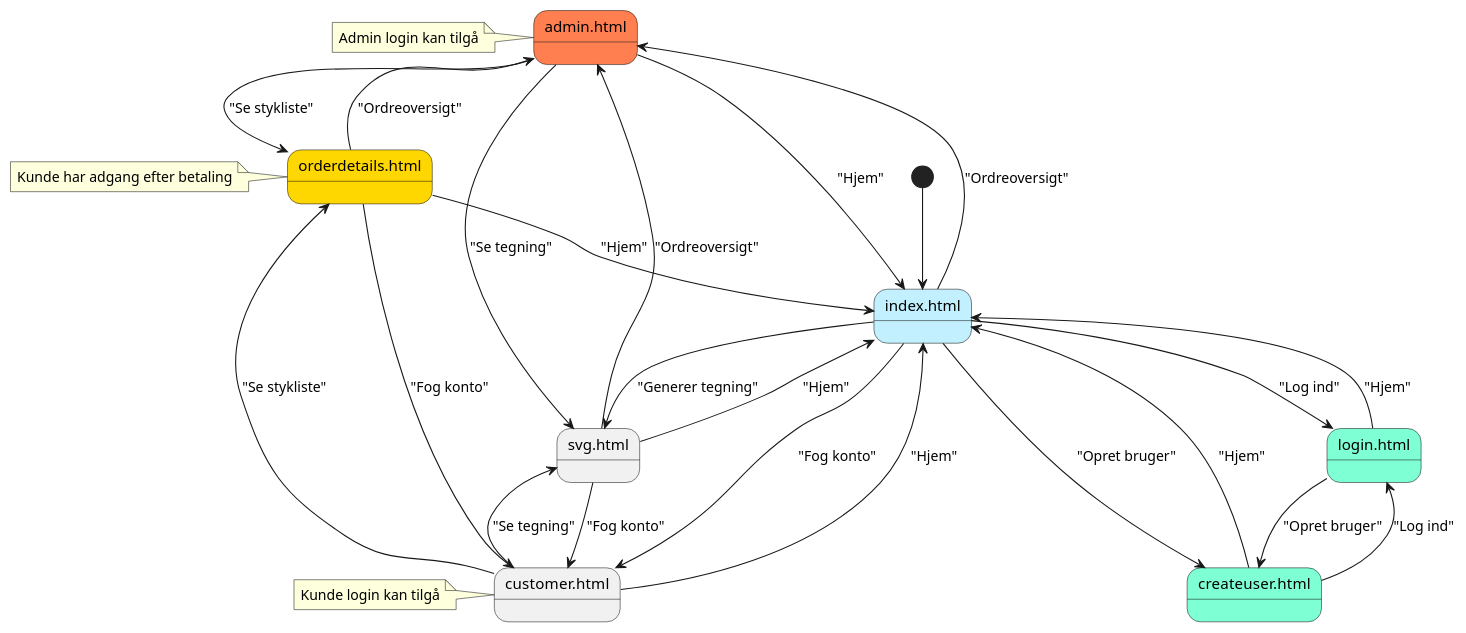
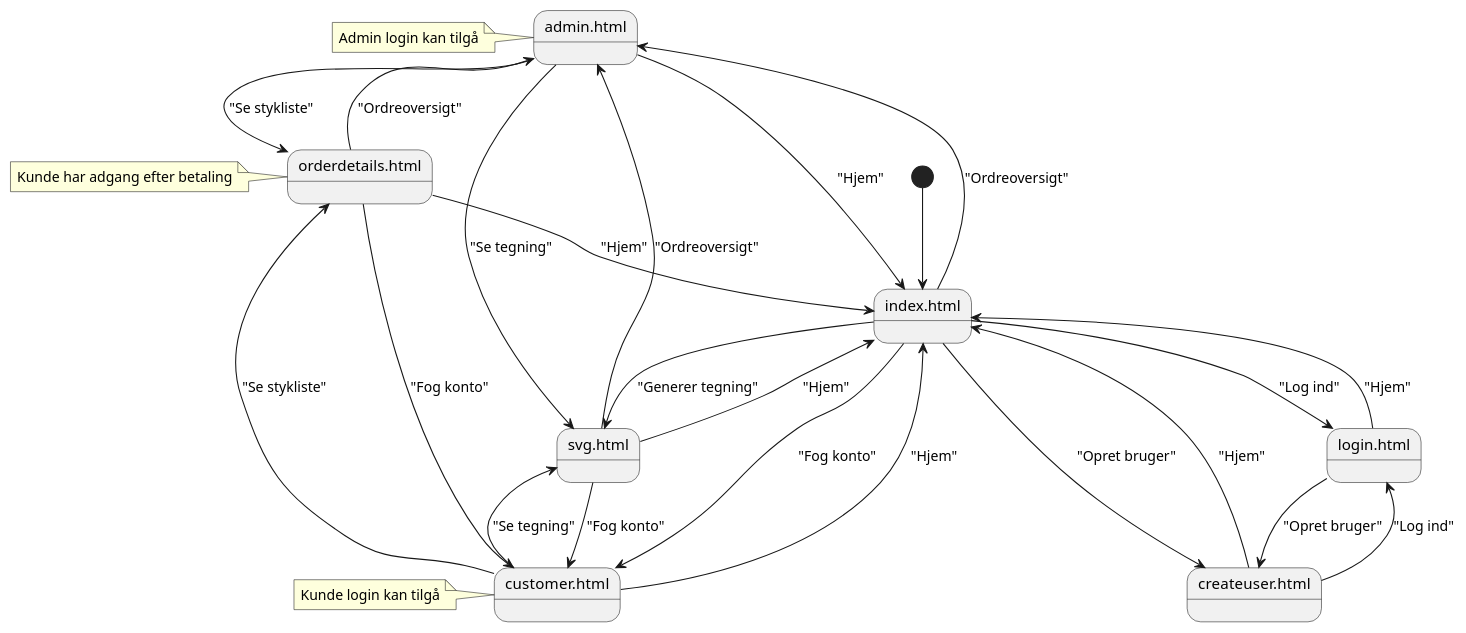
One commit to Mikkel-ao/Carport changed the diagram in docs/navigation_diagram.puml. Above: the diagram before and after it, drawn with PlantUML. The commit also changed 1 other file, not shown here.

Commit message:
Changed state diagram to follow given example material

```diff
--- a/docs/navigation_diagram.puml
+++ b/docs/navigation_diagram.puml
@@ -1,44 +1,44 @@
 @startuml
 ' Initial state
 [*] --> Index
 
 ' state to allow naming and coloring
-state "index.html" as Index #Application
-state "login.html" as Login #Aquamarine
-state "createuser.html" as Opret #Aquamarine
-state "admin.html" as Admin #Coral
+state "index.html" as Index
+state "login.html" as Login
+state "createuser.html" as Opret
+state "admin.html" as Admin
 state "customer.html" as Customer
 state "svg.html" as SVG
-state "orderdetails.html" as OrderDetails #Gold
+state "orderdetails.html" as OrderDetails
 
 ' States
 Index --> Login : "Log ind"
 Index --> Opret : "Opret bruger"
 Index --> Admin : "Ordreoversigt"
 Index --> Customer : "Fog konto"
 Index --> SVG : "Generer tegning"
 note left of Admin : Admin login kan tilgå
 note left of Customer : Kunde login kan tilgå
 
 Login --> Opret : "Opret bruger"
 Login --> Index : "Hjem"
 Opret --> Index : "Hjem"
 Opret --> Login : "Log ind"
 
 Admin --> SVG : "Se tegning"
 Admin --> OrderDetails : "Se stykliste"
 Admin --> Index : "Hjem"
 Customer --> SVG : "Se tegning"
 Customer --> OrderDetails : "Se stykliste"
 Customer --> Index : "Hjem"
 
 SVG --> Index : "Hjem"
 SVG --> Customer : "Fog konto"
 SVG --> Admin : "Ordreoversigt"
 
 OrderDetails --> Admin : "Ordreoversigt"
 OrderDetails --> Customer : "Fog konto"
 OrderDetails --> Index : "Hjem"
 note left of OrderDetails : Kunde har adgang efter betaling
 
 @enduml
```
